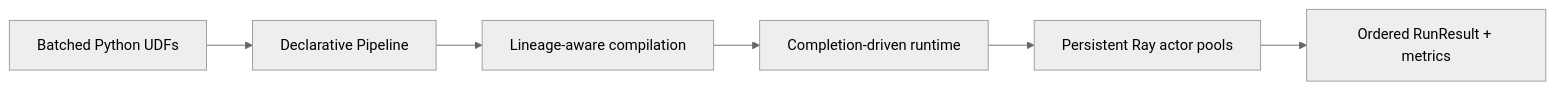
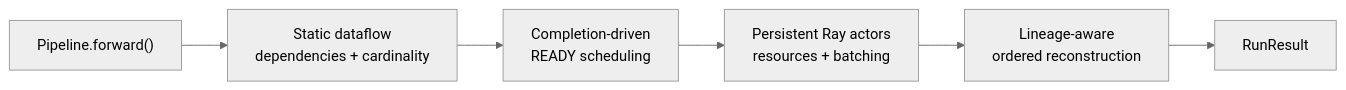
The first of 2 diagrams in README.md (OpenDCAI/RayOrch), drawn with Mermaid (neutral theme) before and after one commit. The commit also changed other lines of this file and 1 other file, not shown here.

````diff
--- a/README.md
+++ b/README.md
@@ -117,8 +35,8 @@
 ```mermaid
 flowchart LR
-    UDF["Batched Python UDFs"] --> Pipeline["Declarative Pipeline"]
-    Pipeline --> Compile["Lineage-aware compilation"]
-    Compile --> Runtime["Completion-driven runtime"]
-    Runtime --> Actors["Persistent Ray actor pools"]
-    Actors --> Result["Ordered RunResult + metrics"]
+    Pipeline["Pipeline.forward()"] --> Graph["Static dataflow<br/>dependencies + cardinality"]
+    Graph --> Ready["Completion-driven<br/>READY scheduling"]
+    Ready --> Actors["Persistent Ray actors<br/>resources + batching"]
+    Actors --> Lineage["Lineage-aware<br/>ordered reconstruction"]
+    Lineage --> Result["RunResult"]
 ```
````
